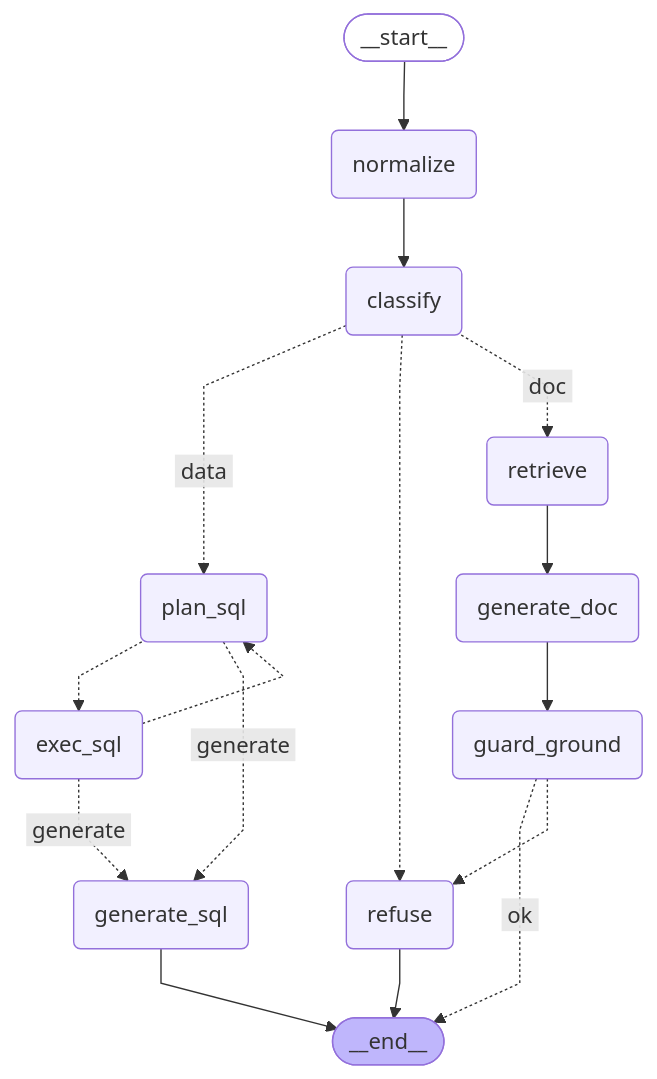
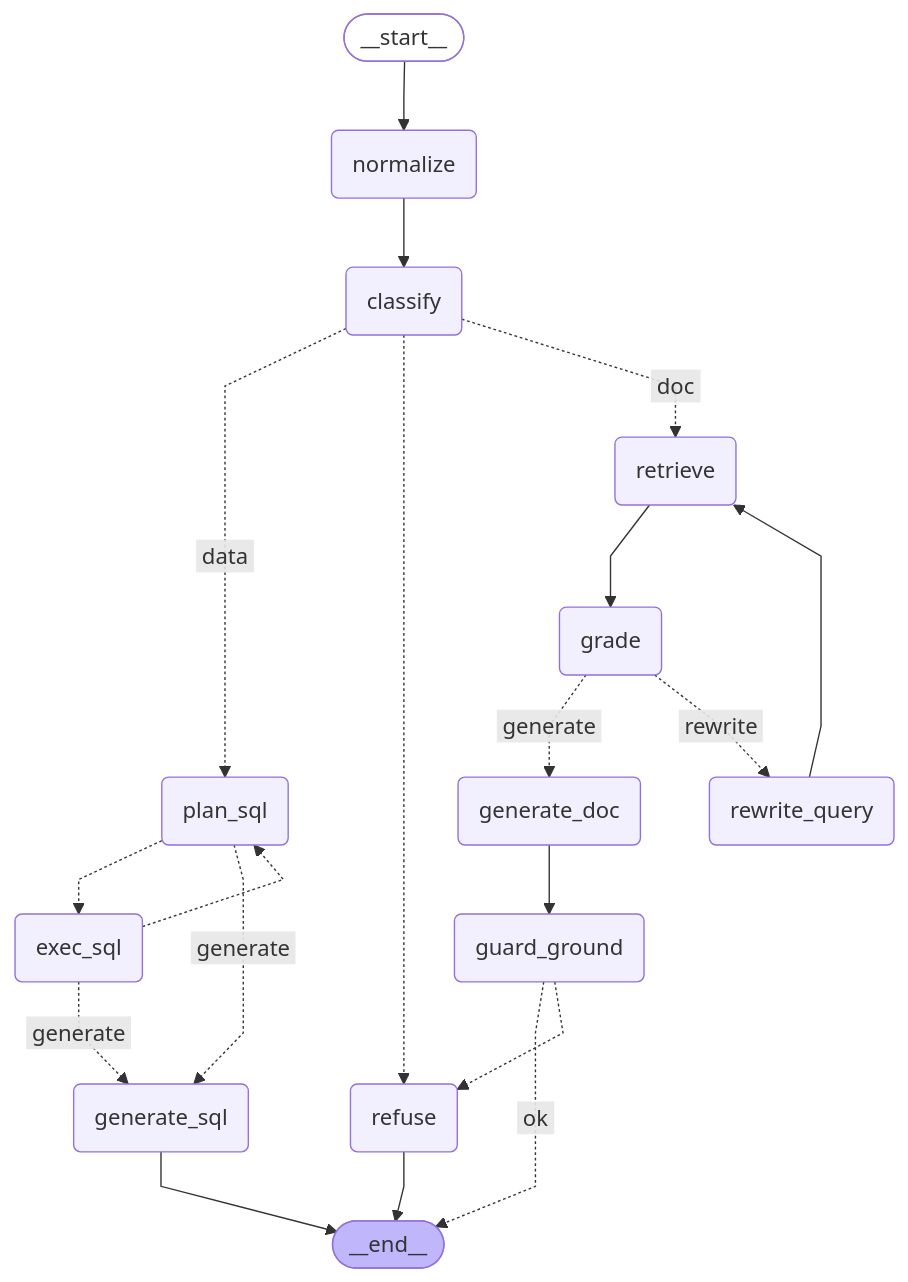
Before and after one commit to sajjadtzroo/Trend_dashboard_agency: the diagram in graph.mmd, drawn with Mermaid. The commit also changed 2 other files, not shown here.

Commit message:
Follow-up: invoices router, schema, graph tweaks

```diff
--- a/graph.mmd
+++ b/graph.mmd
@@ -1,35 +1,40 @@
 ---
 config:
   flowchart:
     curve: linear
 ---
 graph TD;
 	__start__([<p>__start__</p>]):::first
 	normalize(normalize)
 	classify(classify)
 	plan_sql(plan_sql)
 	exec_sql(exec_sql)
 	generate_sql(generate_sql)
 	retrieve(retrieve)
+	grade(grade)
+	rewrite_query(rewrite_query)
 	generate_doc(generate_doc)
 	guard_ground(guard_ground)
 	refuse(refuse)
 	__end__([<p>__end__</p>]):::last
 	__start__ --> normalize;
 	classify -. &nbsp;data&nbsp; .-> plan_sql;
 	classify -.-> refuse;
 	classify -. &nbsp;doc&nbsp; .-> retrieve;
 	exec_sql -. &nbsp;generate&nbsp; .-> generate_sql;
 	exec_sql -.-> plan_sql;
 	generate_doc --> guard_ground;
+	grade -. &nbsp;generate&nbsp; .-> generate_doc;
+	grade -. &nbsp;rewrite&nbsp; .-> rewrite_query;
 	guard_ground -. &nbsp;ok&nbsp; .-> __end__;
 	guard_ground -.-> refuse;
 	normalize --> classify;
 	plan_sql -.-> exec_sql;
 	plan_sql -. &nbsp;generate&nbsp; .-> generate_sql;
-	retrieve --> generate_doc;
+	retrieve --> grade;
+	rewrite_query --> retrieve;
 	generate_sql --> __end__;
 	refuse --> __end__;
 	classDef default fill:#f2f0ff,line-height:1.2
 	classDef first fill-opacity:0
 	classDef last fill:#bfb6fc
```
